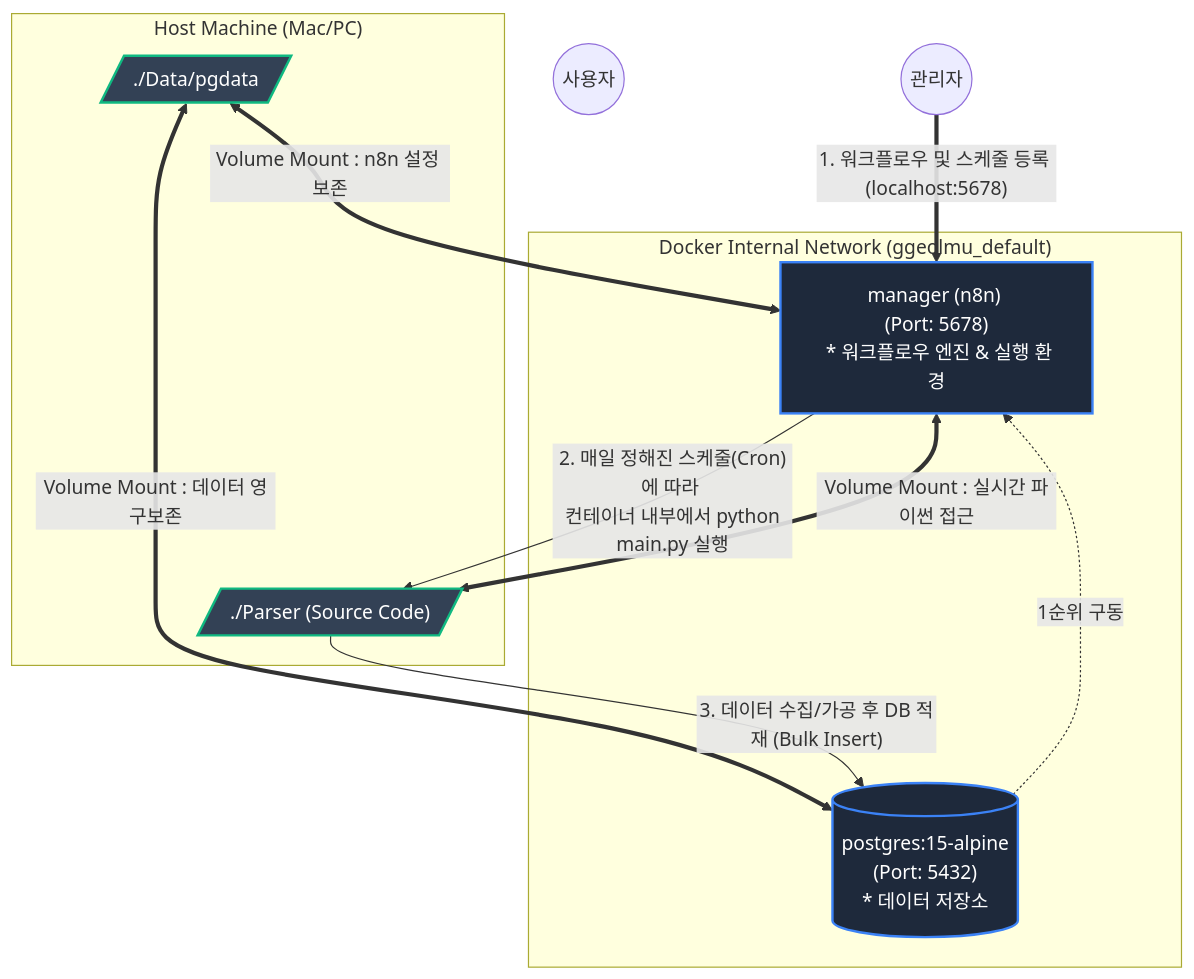
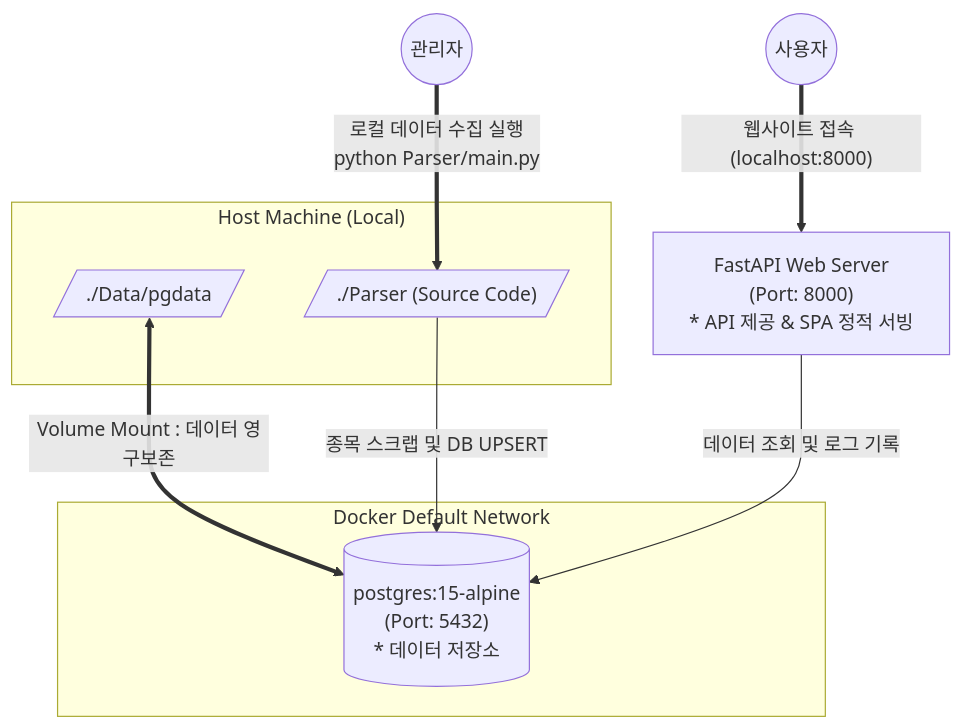
Before and after one commit to hugingstar/ggeolmu: the first of 2 diagrams in Parser/architecture.md, drawn with Mermaid. The commit also changed other lines of this file and 12 other files, not shown here.

Commit message:
feat: implement SPA stock search web app and remove n8n configuration

````diff
--- a/Parser/architecture.md
+++ b/Parser/architecture.md
@@ -5,39 +5,29 @@
 ```mermaid
 flowchart TD
     %% 사용자 및 로컬 호스트
     User((사용자))
     Admin((관리자))
     
-    subgraph Host ["Host Machine (Mac/PC)"]
+    subgraph Host ["Host Machine (Local)"]
         LocalData[/"./Data/pgdata"/]
         LocalParser[/"./Parser (Source Code)"/]
     end
 
     %% 도커 네트워크 내부
-    subgraph DockerNetwork ["Docker Internal Network (ggeolmu_default)"]
-        %% Manager Tier (Scheduler & Workflow)
-        Manager["manager (n8n) <br> (Port: 5678) <br> * 워크플로우 엔진 & 실행 환경"]
-        
-        %% DB Tier
+    subgraph DockerNetwork ["Docker Default Network"]
         DB[("postgres:15-alpine <br> (Port: 5432) <br> * 데이터 저장소")]
     end
 
-    %% 실행 트리거 및 의존성 (depends_on)
-    DB -. "1순위 구동" .-> Manager
+    %% 로컬 호스트 프로세스
+    FastAPI["FastAPI Web Server <br> (Port: 8000) <br> * API 제공 & SPA 정적 서빙"]
 
-    %% 파일 시스템 볼륨 매핑
+    %% 볼륨 매핑
     LocalData <==>|Volume Mount : 데이터 영구보존| DB
-    LocalData <==>|Volume Mount : n8n 설정 보존| Manager
-    LocalParser <==>|Volume Mount : 실시간 파이썬 접근| Manager
 
-    %% 관리자 데이터 파이프라인 트리거 (자동화)
-    Admin == "1. 워크플로우 및 스케줄 등록 (localhost:5678)" ==> Manager
-    Manager -- "2. 매일 정해진 스케줄(Cron)에 따라 <br> 컨테이너 내부에서 python main.py 실행" --> LocalParser
-    LocalParser -- "3. 데이터 수집/가공 후 DB 적재 (Bulk Insert)" --> DB
-
-    classDef container fill:#1e293b,stroke:#3b82f6,stroke-width:2px,color:#fff;
-    classDef storage fill:#334155,stroke:#10b981,stroke-width:2px,color:#fff;
+    %% 통신 및 실행 관계
+    User == "웹사이트 접속 (localhost:8000)" ==> FastAPI
+    FastAPI -- "데이터 조회 및 로그 기록" --> DB
     
-    class DB,Manager container;
-    class LocalData,LocalParser storage;
+    Admin == "로컬 데이터 수집 실행 <br> python Parser/main.py" ==> LocalParser
+    LocalParser -- "종목 스크랩 및 DB UPSERT" --> DB
 ```
````
